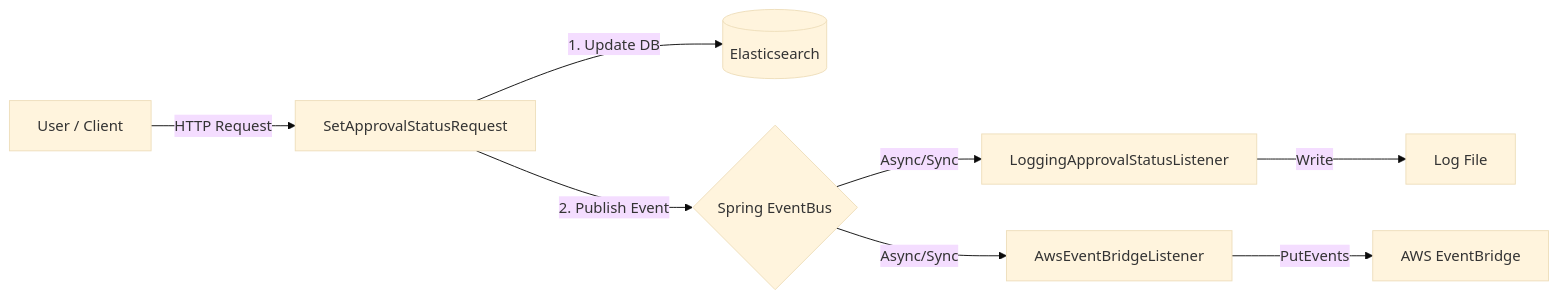
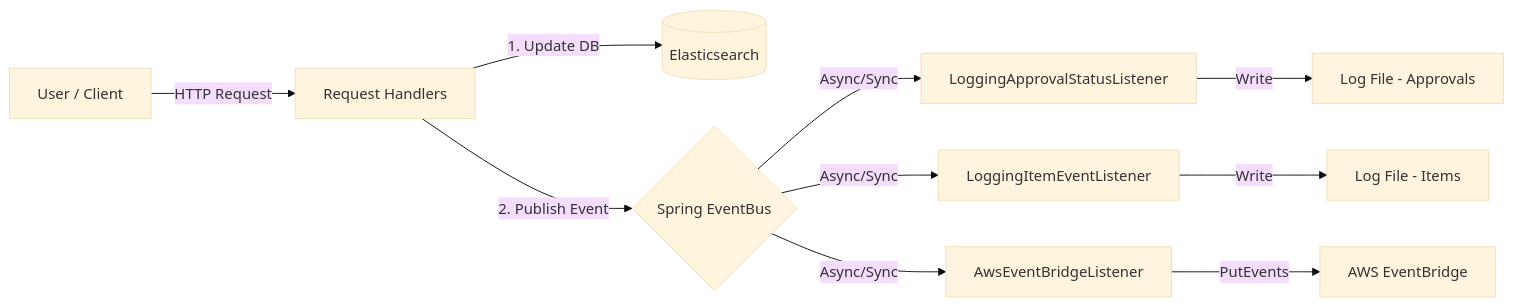
One commit to NixM0nk3y/geoportal-server-catalog changed the diagram in geoportal/doc/EVENT_ARCHITECTURE.md. Above: the diagram before and after it, drawn with Mermaid (base theme). The commit also changed other lines of this file and 9 other files, not shown here.

First line of the commit message:
Extend event architecture to support data lifecycle events

````diff
--- a/geoportal/doc/EVENT_ARCHITECTURE.md
+++ b/geoportal/doc/EVENT_ARCHITECTURE.md
@@ -13,12 +13,14 @@
 ```mermaid
 graph LR
-    User[User / Client] -->|HTTP Request| RequestHandler[SetApprovalStatusRequest]
+    User[User / Client] -->|HTTP Request| RequestHandler[Request Handlers]
     RequestHandler -->|1. Update DB| Database[(Elasticsearch)]
     RequestHandler -->|2. Publish Event| EventBus{Spring EventBus}
-    
+
     EventBus -->|Async/Sync| Listener1[LoggingApprovalStatusListener]
-    EventBus -->|Async/Sync| Listener2[AwsEventBridgeListener]
-    
-    Listener1 -->|Write| Logs[Log File]
-    Listener2 -->|PutEvents| AWS[AWS EventBridge]
+    EventBus -->|Async/Sync| Listener2[LoggingItemEventListener]
+    EventBus -->|Async/Sync| Listener3[AwsEventBridgeListener]
+
+    Listener1 -->|Write| Logs[Log File - Approvals]
+    Listener2 -->|Write| Logs2[Log File - Items]
+    Listener3 -->|PutEvents| AWS[AWS EventBridge]
 ```
````
